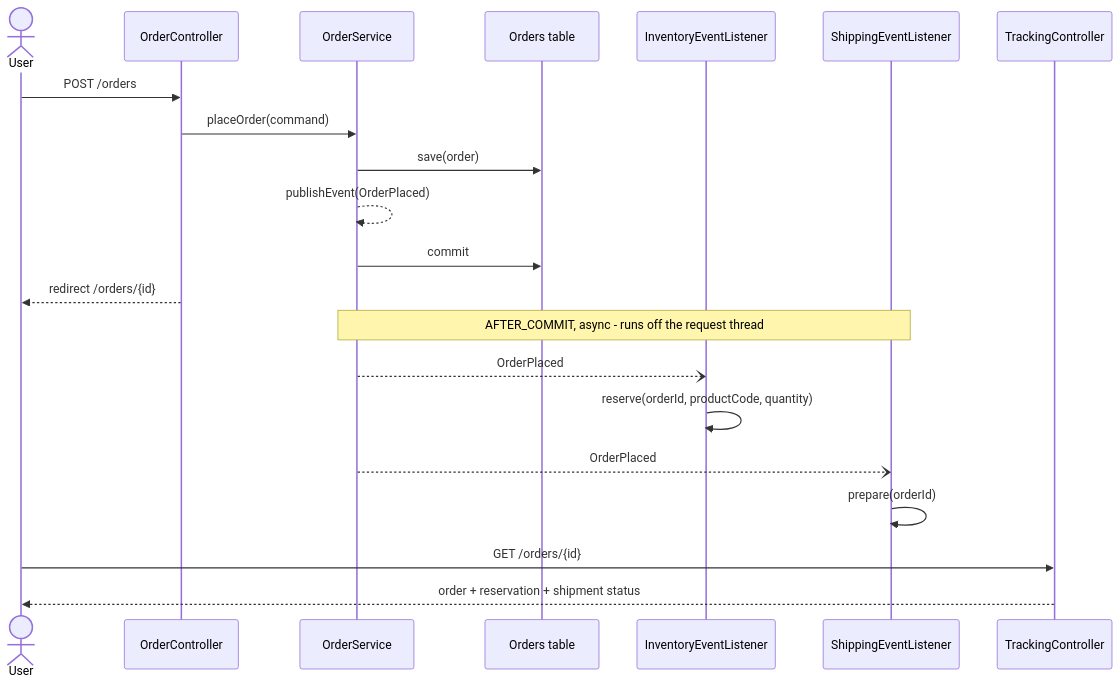
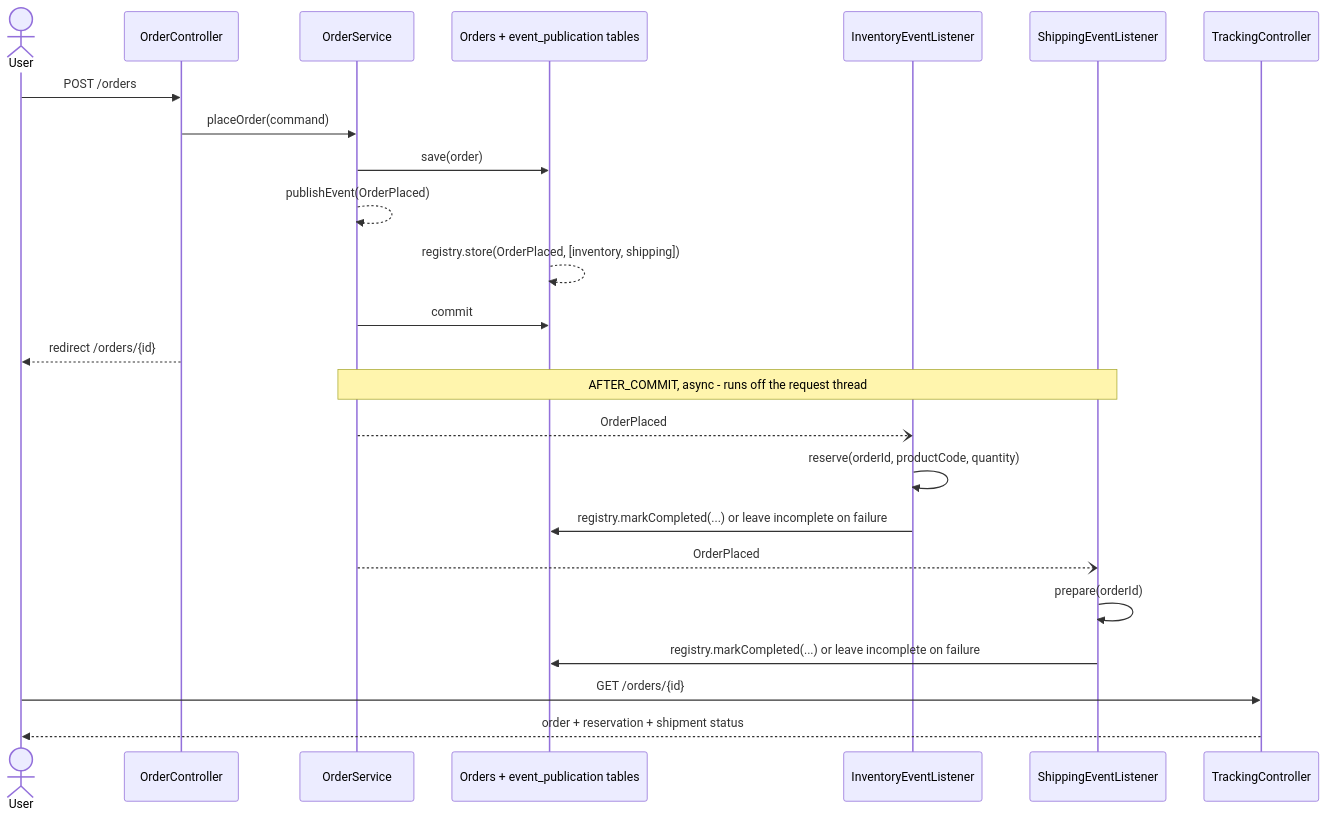
Before and after one commit to natsaros7/orderplacementwithevents: the diagram in README.md, drawn with Mermaid. The commit also changed other lines of this file and 28 other files, not shown here.

````diff
--- a/README.md
+++ b/README.md
@@ -19,26 +28,29 @@
 ```mermaid
 sequenceDiagram
     actor User
     participant OrderController
     participant OrderService
-    participant DB as Orders table
+    participant DB as Orders + event_publication tables
     participant Inventory as InventoryEventListener
     participant Shipping as ShippingEventListener
     participant TrackingController
 
     User->>OrderController: POST /orders
     OrderController->>OrderService: placeOrder(command)
     OrderService->>DB: save(order)
     OrderService-->>OrderService: publishEvent(OrderPlaced)
+    DB-->>DB: registry.store(OrderPlaced, [inventory, shipping])
     OrderService->>DB: commit
     OrderController-->>User: redirect /orders/{id}
 
     Note over OrderService,Shipping: AFTER_COMMIT, async - runs off the request thread
     OrderService--)Inventory: OrderPlaced
     Inventory->>Inventory: reserve(orderId, productCode, quantity)
+    Inventory->>DB: registry.markCompleted(...) or leave incomplete on failure
     OrderService--)Shipping: OrderPlaced
     Shipping->>Shipping: prepare(orderId)
+    Shipping->>DB: registry.markCompleted(...) or leave incomplete on failure
 
     User->>TrackingController: GET /orders/{id}
     TrackingController-->>User: order + reservation + shipment status
 ```
````
